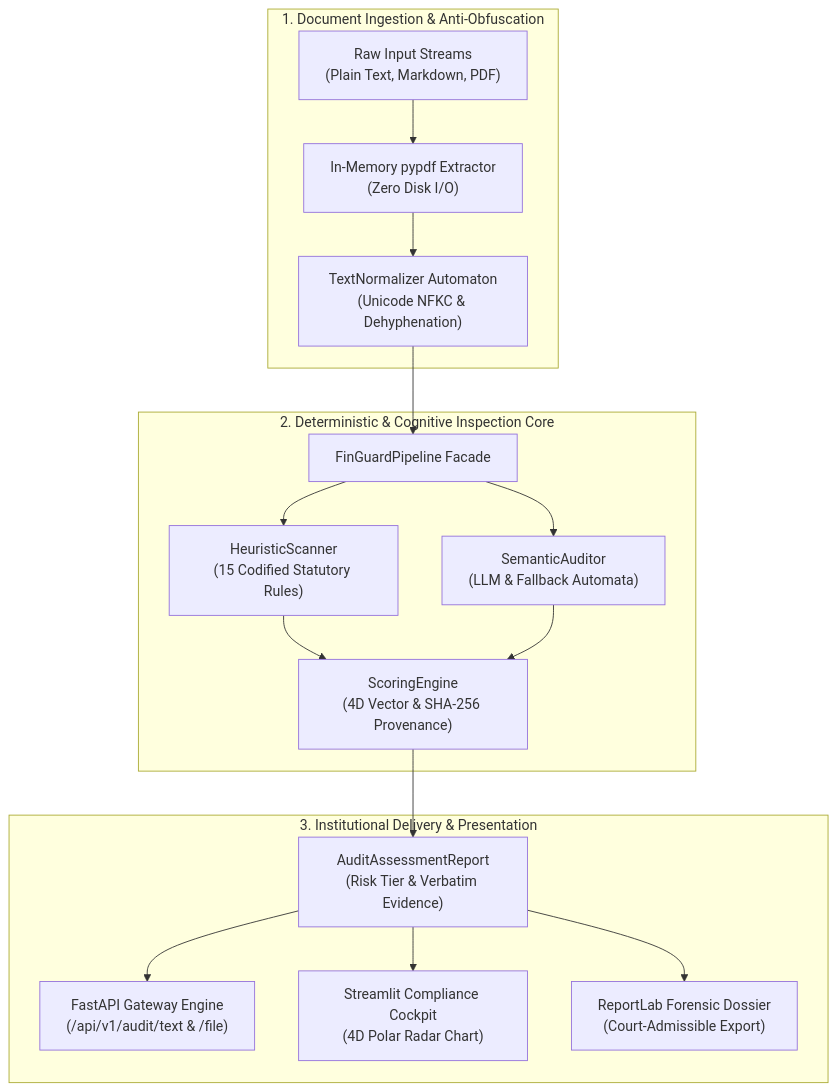
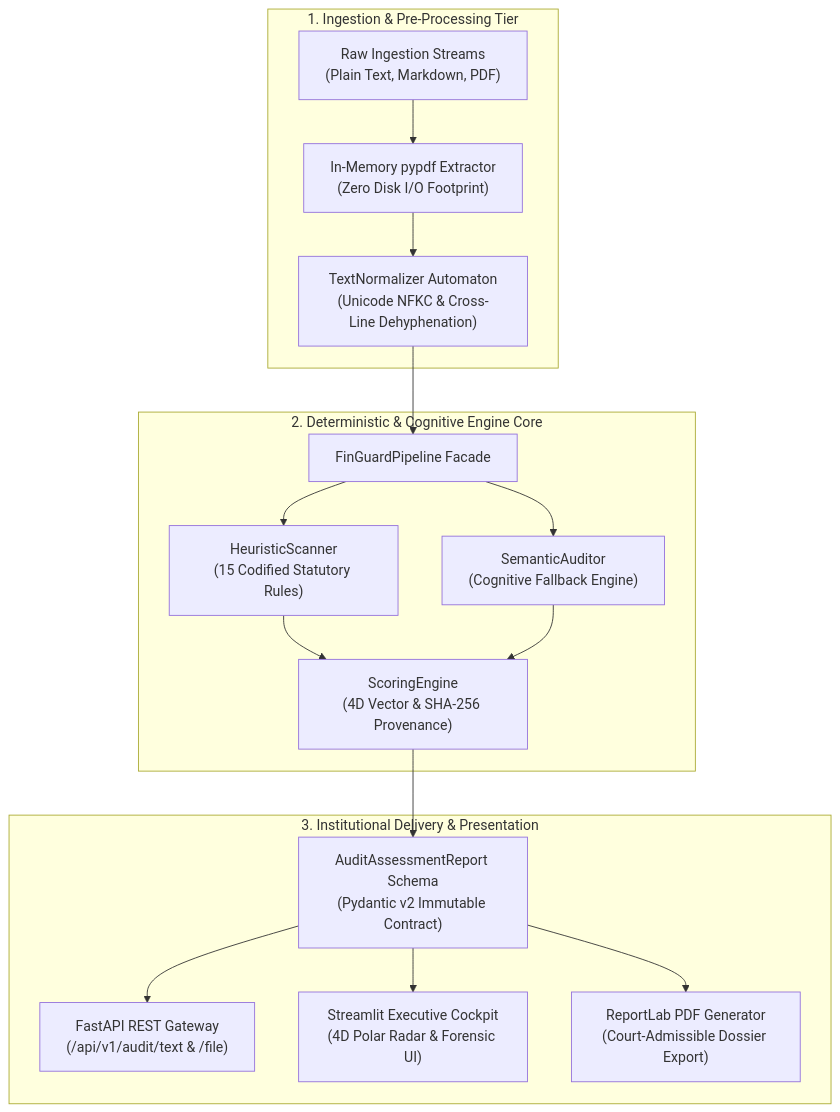
The second of 2 diagrams in README.md (nnn14092004-cyber/finguard-ai), drawn with Mermaid before and after one commit. The commit also changed other lines of this file and 1 other file, not shown here.

````diff
--- a/README.md
+++ b/README.md
@@ -108,30 +116,30 @@
 ```mermaid
 flowchart TD
-    subgraph Ingestion_Layer [1. Document Ingestion & Anti-Obfuscation]
-        RAW["Raw Input Streams<br/>(Plain Text, Markdown, PDF)"]
-        PYPDF["In-Memory pypdf Extractor<br/>(Zero Disk I/O)"]
-        NORM["TextNormalizer Automaton<br/>(Unicode NFKC & Dehyphenation)"]
+    subgraph Ingestion_Tier [1. Ingestion & Pre-Processing Tier]
+        RAW["Raw Ingestion Streams<br/>(Plain Text, Markdown, PDF)"]
+        PYPDF["In-Memory pypdf Extractor<br/>(Zero Disk I/O Footprint)"]
+        NORM["TextNormalizer Automaton<br/>(Unicode NFKC & Cross-Line Dehyphenation)"]
         RAW --> PYPDF --> NORM
     end
 
-    subgraph Core_Engine [2. Deterministic & Cognitive Inspection Core]
+    subgraph Inspection_Core [2. Deterministic & Cognitive Engine Core]
         PIPE["FinGuardPipeline Facade"]
         HEUR["HeuristicScanner<br/>(15 Codified Statutory Rules)"]
-        SEM["SemanticAuditor<br/>(LLM & Fallback Automata)"]
+        SEM["SemanticAuditor<br/>(Cognitive Fallback Engine)"]
         SCORE["ScoringEngine<br/>(4D Vector & SHA-256 Provenance)"]
         
         NORM --> PIPE
         PIPE --> HEUR & SEM
         HEUR & SEM --> SCORE
     end
 
     subgraph Delivery_Tier [3. Institutional Delivery & Presentation]
-        REP["AuditAssessmentReport<br/>(Risk Tier & Verbatim Evidence)"]
-        API["FastAPI Gateway Engine<br/>(/api/v1/audit/text & /file)"]
-        UI["Streamlit Compliance Cockpit<br/>(4D Polar Radar Chart)"]
-        PDF["ReportLab Forensic Dossier<br/>(Court-Admissible Export)"]
+        REP["AuditAssessmentReport Schema<br/>(Pydantic v2 Immutable Contract)"]
+        API["FastAPI REST Gateway<br/>(/api/v1/audit/text & /file)"]
+        UI["Streamlit Executive Cockpit<br/>(4D Polar Radar & Forensic UI)"]
+        PDF["ReportLab PDF Generator<br/>(Court-Admissible Dossier Export)"]
         
         SCORE --> REP
         REP --> API & UI & PDF
     end
 ```
````
